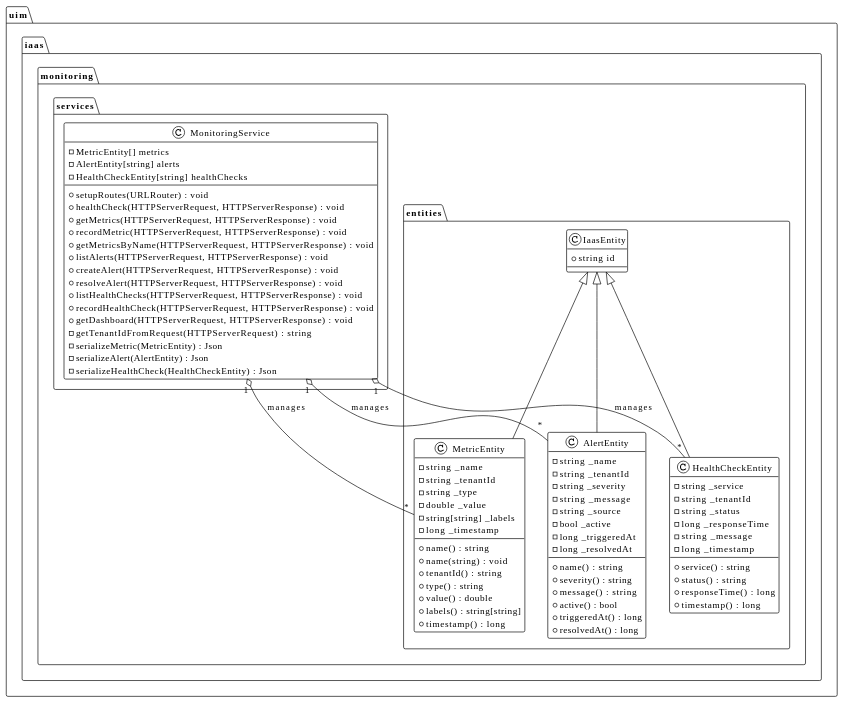
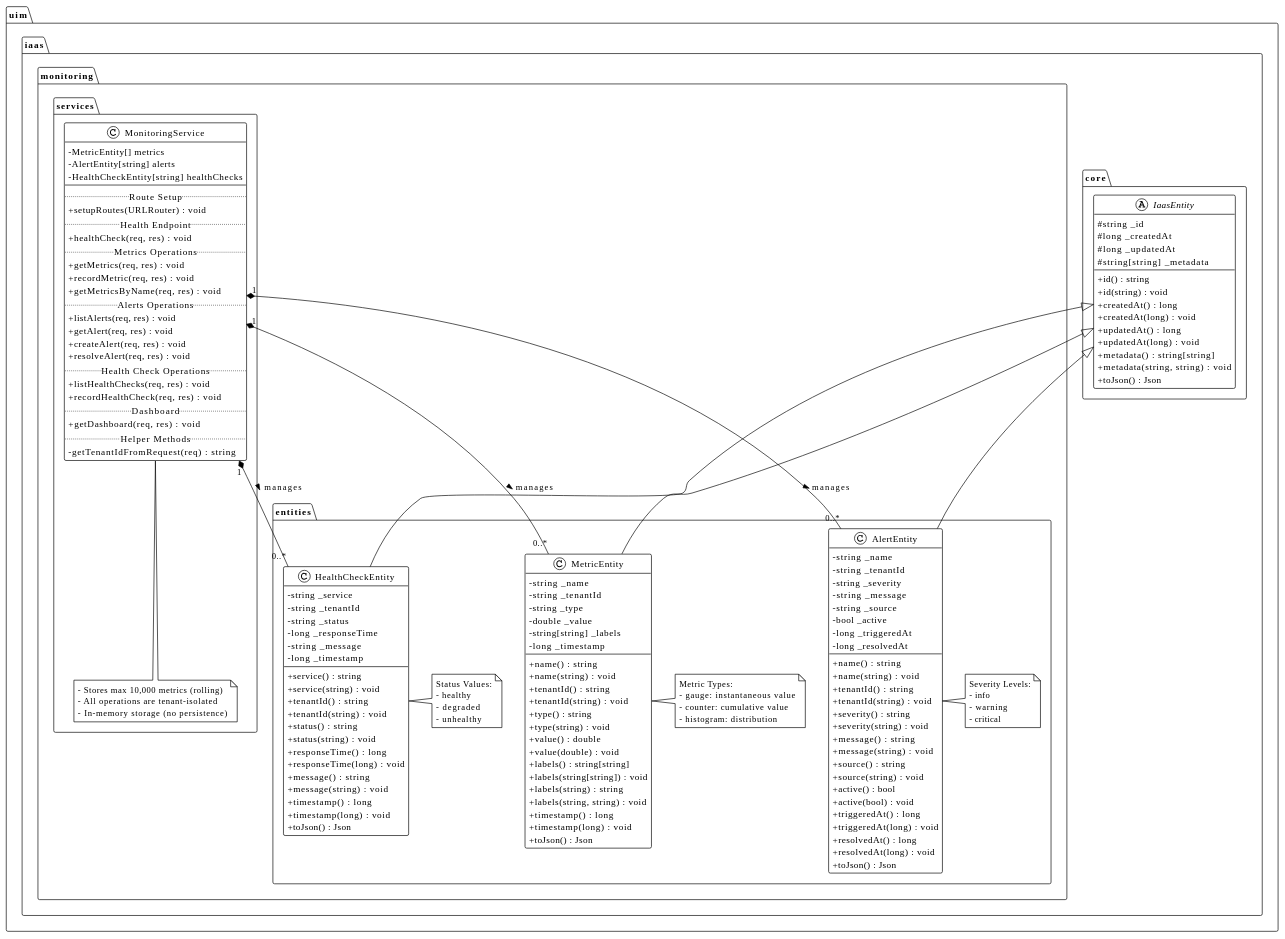
One commit to UIMSolutions/uim-iaas changed the first of 8 diagrams in monitoring/README.md. Above: the diagram before and after it, drawn with PlantUML. The commit also changed other lines of this file and 10 other files, not shown here.

First line of the commit message:
Refactor network and storage entities to enhance JSON serialization and improve code readability

````diff
--- a/monitoring/README.md
+++ b/monitoring/README.md
@@ -91,12 +91,29 @@
 ```plantuml
 @startuml
 !theme plain
+skinparam classAttributeIconSize 0
+skinparam shadowing false
+
+package "uim.iaas.core" {
+    abstract class IaasEntity {
+        #string _id
+        #long _createdAt
+        #long _updatedAt
+        #string[string] _metadata
+        __
+        +id() : string
+        +id(string) : void
+        +createdAt() : long
+        +createdAt(long) : void
+        +updatedAt() : long
+        +updatedAt(long) : void
+        +metadata() : string[string]
+        +metadata(string, string) : void
+        +toJson() : Json
+    }
+}
 
 package "uim.iaas.monitoring.entities" {
-    class IaasEntity {
-        +string id
-    }
-    
     class MetricEntity {
         -string _name
         -string _tenantId
@@ -104,13 +121,22 @@
         -double _value
         -string[string] _labels
         -long _timestamp
+        __
         +name() : string
         +name(string) : void
         +tenantId() : string
+        +tenantId(string) : void
         +type() : string
+        +type(string) : void
         +value() : double
+        +value(double) : void
         +labels() : string[string]
+        +labels(string[string]) : void
+        +labels(string) : string
+        +labels(string, string) : void
         +timestamp() : long
+        +timestamp(long) : void
+        +toJson() : Json
     }
     
     class AlertEntity {
@@ -122,12 +148,24 @@
         -bool _active
         -long _triggeredAt
         -long _resolvedAt
+        __
         +name() : string
+        +name(string) : void
+        +tenantId() : string
+        +tenantId(string) : void
         +severity() : string
+        +severity(string) : void
         +message() : string
+        +message(string) : void
+        +source() : string
+        +source(string) : void
         +active() : bool
+        +active(bool) : void
         +triggeredAt() : long
+        +triggeredAt(long) : void
         +resolvedAt() : long
+        +resolvedAt(long) : void
+        +toJson() : Json
     }
     
     class HealthCheckEntity {
@@ -137,15 +175,46 @@
         -long _responseTime
         -string _message
         -long _timestamp
+        __
         +service() : string
+        +service(string) : void
+        +tenantId() : string
+        +tenantId(string) : void
         +status() : string
+        +status(string) : void
         +responseTime() : long
+        +responseTime(long) : void
+        +message() : string
+        +message(string) : void
         +timestamp() : long
+        +timestamp(long) : void
+        +toJson() : Json
     }
     
     IaasEntity <|-- MetricEntity
     IaasEntity <|-- AlertEntity
     IaasEntity <|-- HealthCheckEntity
+    
+    note right of MetricEntity
+        Metric Types:
+        - gauge: instantaneous value
+        - counter: cumulative value
+        - histogram: distribution
+    end note
+    
+    note right of AlertEntity
+        Severity Levels:
+        - info
+        - warning
+        - critical
+    end note
+    
+    note right of HealthCheckEntity
+        Status Values:
+        - healthy
+        - degraded
+        - unhealthy
+    end note
 }
 
 package "uim.iaas.monitoring.services" {
@@ -153,26 +222,38 @@
         -MetricEntity[] metrics
         -AlertEntity[string] alerts
         -HealthCheckEntity[string] healthChecks
+        __
+        .. Route Setup ..
         +setupRoutes(URLRouter) : void
-        +healthCheck(HTTPServerRequest, HTTPServerResponse) : void
-        +getMetrics(HTTPServerRequest, HTTPServerResponse) : void
-        +recordMetric(HTTPServerRequest, HTTPServerResponse) : void
-        +getMetricsByName(HTTPServerRequest, HTTPServerResponse) : void
-        +listAlerts(HTTPServerRequest, HTTPServerResponse) : void
-        +createAlert(HTTPServerRequest, HTTPServerResponse) : void
-        +resolveAlert(HTTPServerRequest, HTTPServerResponse) : void
-        +listHealthChecks(HTTPServerRequest, HTTPServerResponse) : void
-        +recordHealthCheck(HTTPServerRequest, HTTPServerResponse) : void
-        +getDashboard(HTTPServerRequest, HTTPServerResponse) : void
-        -getTenantIdFromRequest(HTTPServerRequest) : string
-        -serializeMetric(MetricEntity) : Json
-        -serializeAlert(AlertEntity) : Json
-        -serializeHealthCheck(HealthCheckEntity) : Json
+        .. Health Endpoint ..
+        +healthCheck(req, res) : void
+        .. Metrics Operations ..
+        +getMetrics(req, res) : void
+        +recordMetric(req, res) : void
+        +getMetricsByName(req, res) : void
+        .. Alerts Operations ..
+        +listAlerts(req, res) : void
+        +getAlert(req, res) : void
+        +createAlert(req, res) : void
+        +resolveAlert(req, res) : void
+        .. Health Check Operations ..
+        +listHealthChecks(req, res) : void
+        +recordHealthCheck(req, res) : void
+        .. Dashboard ..
+        +getDashboard(req, res) : void
+        .. Helper Methods ..
+        -getTenantIdFromRequest(req) : string
     }
     
-    MonitoringService "1" o-- "*" MetricEntity : manages
-    MonitoringService "1" o-- "*" AlertEntity : manages
-    MonitoringService "1" o-- "*" HealthCheckEntity : manages
+    MonitoringService "1" *-- "0..*" MetricEntity : manages >
+    MonitoringService "1" *-- "0..*" AlertEntity : manages >
+    MonitoringService "1" *-- "0..*" HealthCheckEntity : manages >
+    
+    note bottom of MonitoringService
+        - Stores max 10,000 metrics (rolling)
+        - All operations are tenant-isolated
+        - In-memory storage (no persistence)
+    end note
 }
 
 @enduml
````
